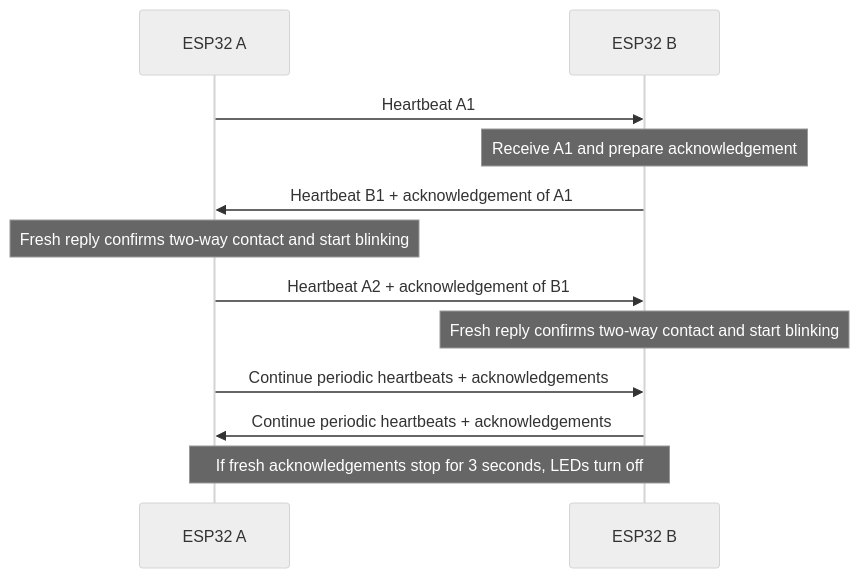
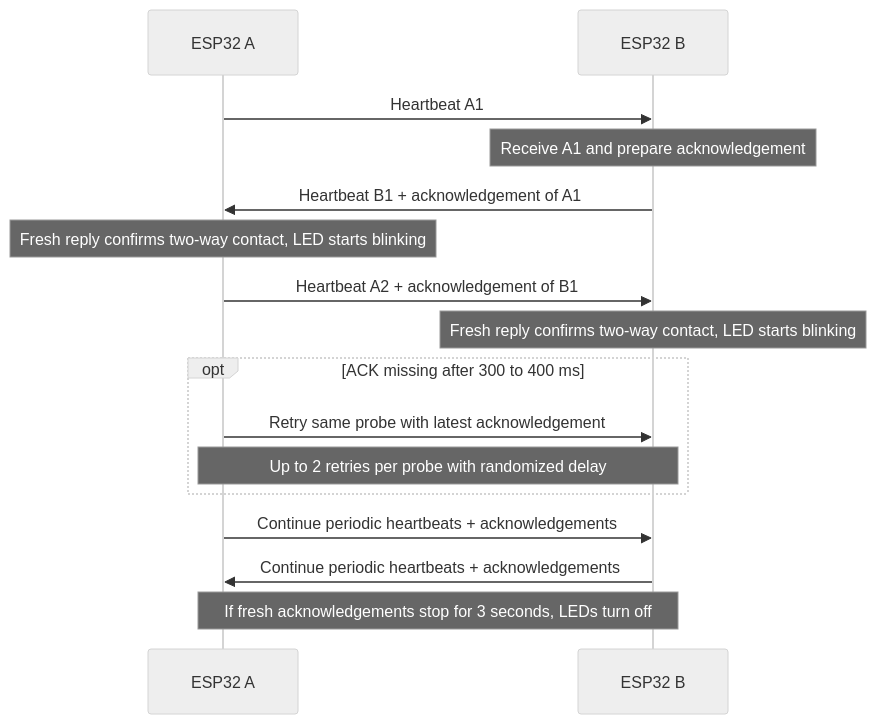
One commit to mithil2311/ESP32NOW changed the diagram in docs/diagrams/handshake.mmd. Above: the diagram before and after it, drawn with Mermaid (neutral theme). The commit also changed 8 other files, not shown here.

Commit message:
Enable ESP-NOW long range on channel 6 with bounded ACK retries

```diff
--- a/docs/diagrams/handshake.mmd
+++ b/docs/diagrams/handshake.mmd
@@ -1,12 +1,16 @@
 sequenceDiagram
     participant A as ESP32 A
     participant B as ESP32 B
     A->>B: Heartbeat A1
     Note over B: Receive A1 and prepare acknowledgement
     B->>A: Heartbeat B1 + acknowledgement of A1
-    Note over A: Fresh reply confirms two-way contact and start blinking
+    Note over A: Fresh reply confirms two-way contact, LED starts blinking
     A->>B: Heartbeat A2 + acknowledgement of B1
-    Note over B: Fresh reply confirms two-way contact and start blinking
+    Note over B: Fresh reply confirms two-way contact, LED starts blinking
+    opt ACK missing after 300 to 400 ms
+        A->>B: Retry same probe with latest acknowledgement
+        Note over A,B: Up to 2 retries per probe with randomized delay
+    end
     A->>B: Continue periodic heartbeats + acknowledgements
     B->>A: Continue periodic heartbeats + acknowledgements
     Note over A,B: If fresh acknowledgements stop for 3 seconds, LEDs turn off
```
